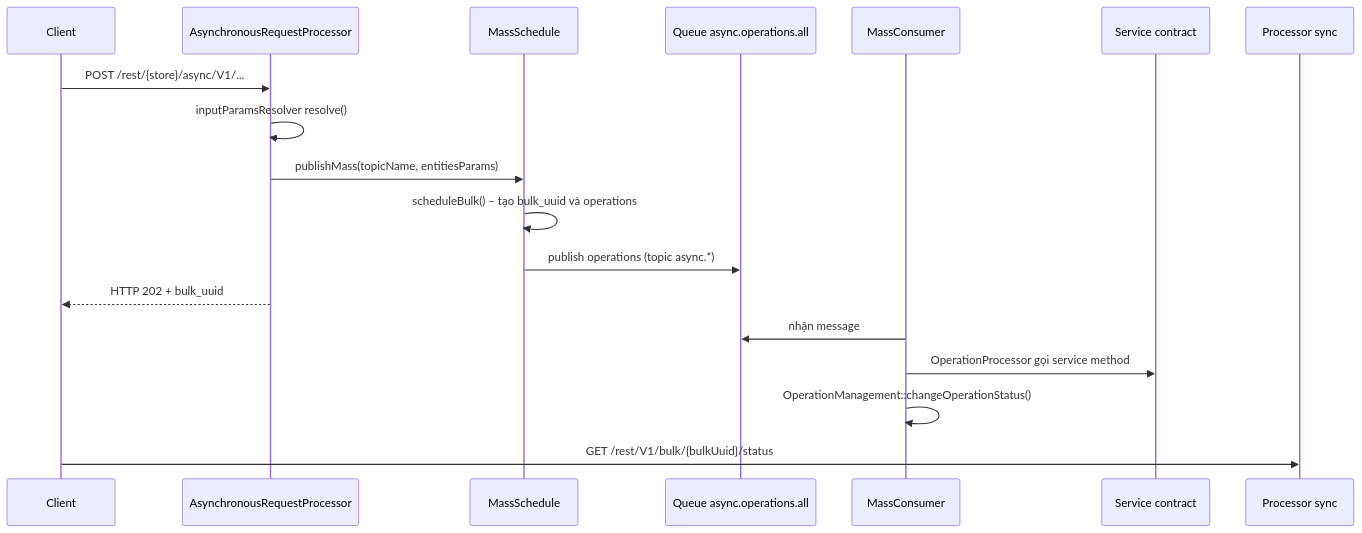
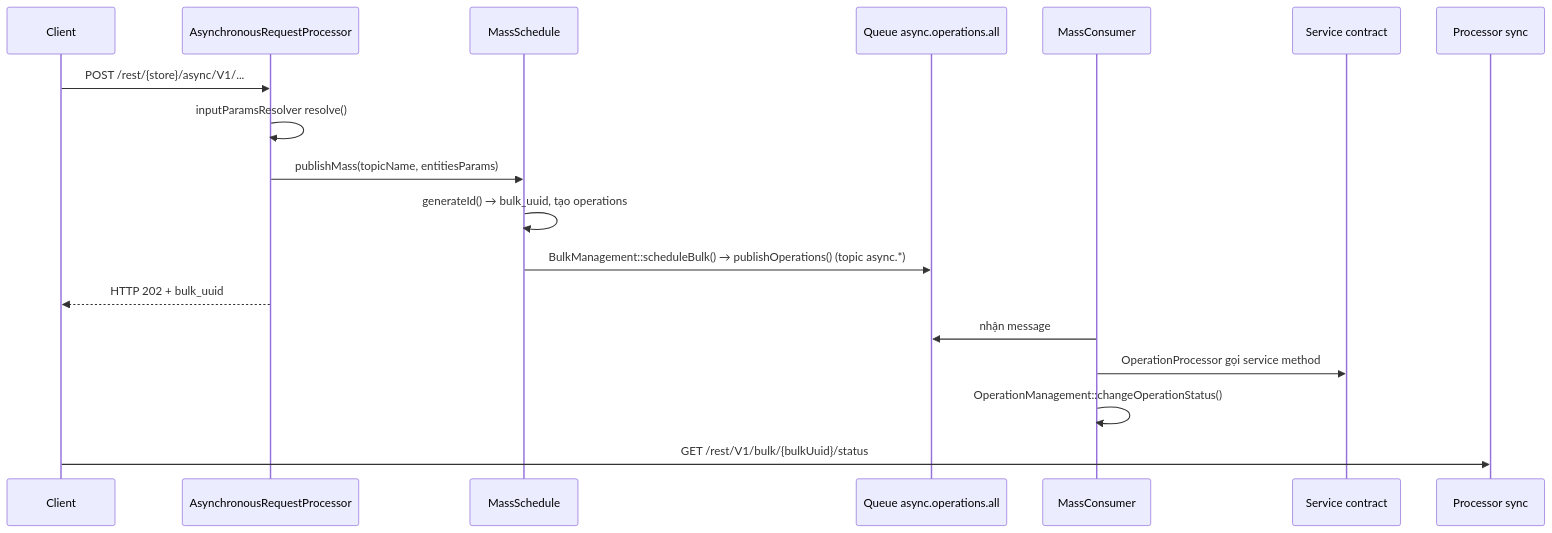
Before and after one commit to dpnam03/dev-doc: the first of 4 diagrams in Dev Docs/10. Magento/10. Knowledge Base/Architecture/API Rest, Soap & Graphql/REST.md, drawn with Mermaid. The commit also changed other lines of this file and 41 other files, not shown here.

First line of the commit message:
magento-base-knowledge-architecture - Review and fix Architecture docs against Magento 2.4.8-p5

````diff
--- a/Dev Docs/10. Magento/10. Knowledge Base/Architecture/API Rest, Soap & Graphql/REST.md
+++ b/Dev Docs/10. Magento/10. Knowledge Base/Architecture/API Rest, Soap & Graphql/REST.md
@@ -165,20 +168,20 @@
 ```mermaid
 sequenceDiagram
     participant C as Client
     participant A as AsynchronousRequestProcessor
     participant M as MassSchedule
     participant Q as Queue async.operations.all
     participant W as MassConsumer
     participant Svc as Service contract
     participant S as Processor sync
     C->>A: POST /rest/{store}/async/V1/...
     A->>A: inputParamsResolver resolve()
     A->>M: publishMass(topicName, entitiesParams)
-    M->>M: scheduleBulk() – tạo bulk_uuid và operations
-    M->>Q: publish operations (topic async.*)
+    M->>M: generateId() → bulk_uuid, tạo operations
+    M->>Q: BulkManagement::scheduleBulk() → publishOperations() (topic async.*)
     A-->>C: HTTP 202 + bulk_uuid
     W->>Q: nhận message
     W->>Svc: OperationProcessor gọi service method
     W->>W: OperationManagement::changeOperationStatus()
     C->>S: GET /rest/V1/bulk/{bulkUuid}/status
 ```
````
